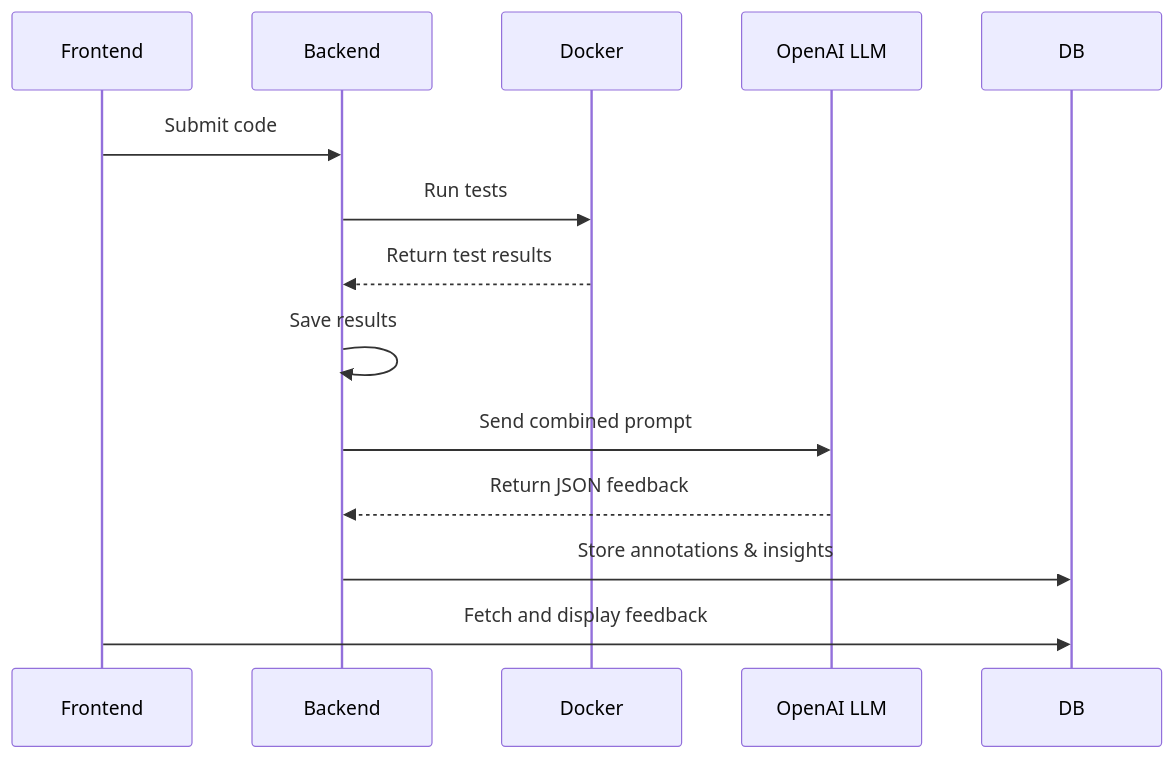
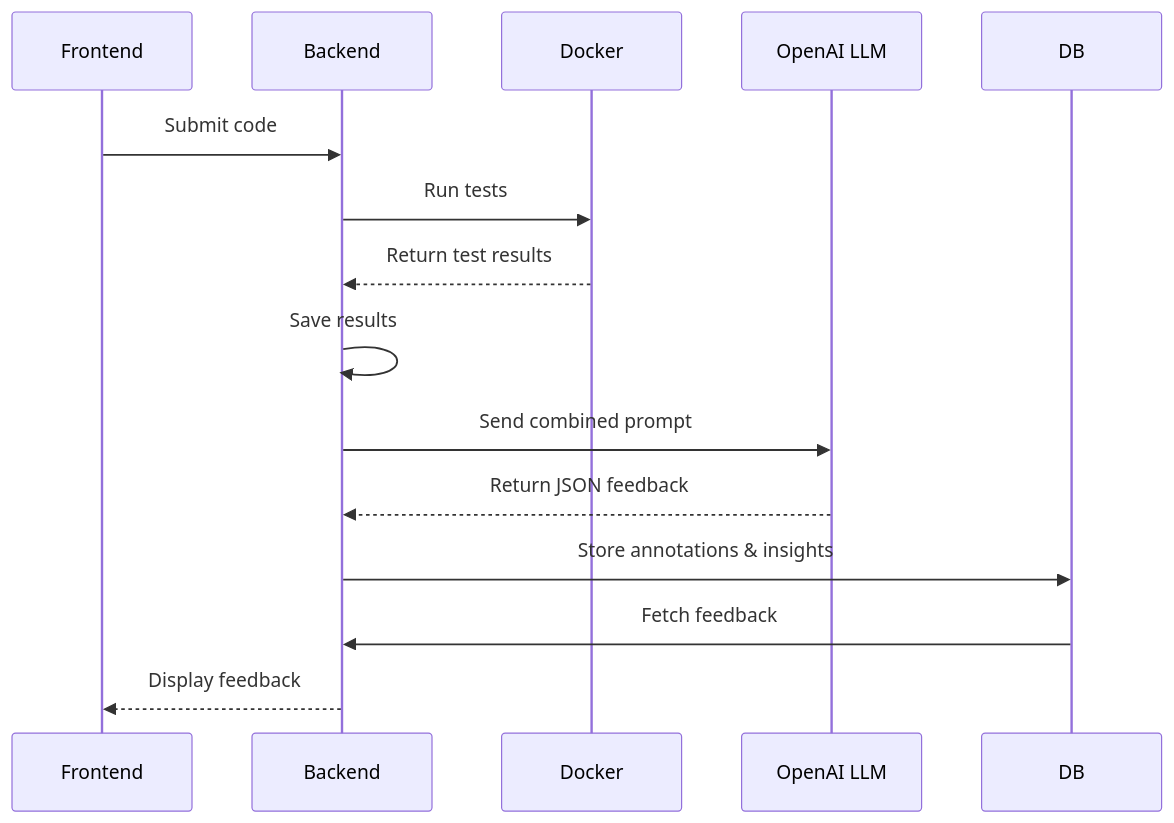
The diagram in docs/assignment/ai_feedback.md (kiat/codeAssist), drawn with Mermaid before and after one commit.

````diff
--- a/docs/assignment/ai_feedback.md
+++ b/docs/assignment/ai_feedback.md
@@ -49,16 +49,17 @@
 ```mermaid
 sequenceDiagram
     participant FE as Frontend
     participant BE as Backend
     participant Dock as Docker
     participant LLM as OpenAI LLM
 
     FE->>BE: Submit code
     BE->>Dock: Run tests
     Dock-->>BE: Return test results
     BE->>BE: Save results
     BE->>LLM: Send combined prompt
     LLM-->>BE: Return JSON feedback
     BE->>DB: Store annotations & insights
-    FE->>DB: Fetch and display feedback
+    DB->>BE: Fetch feedback
+    BE-->>FE: Display feedback
 ```
````
